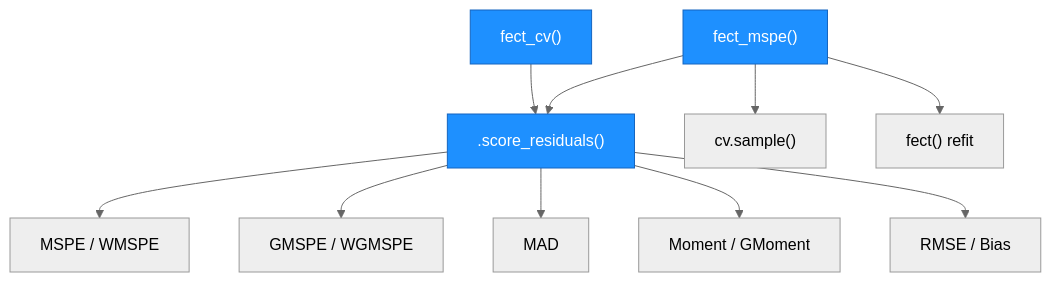
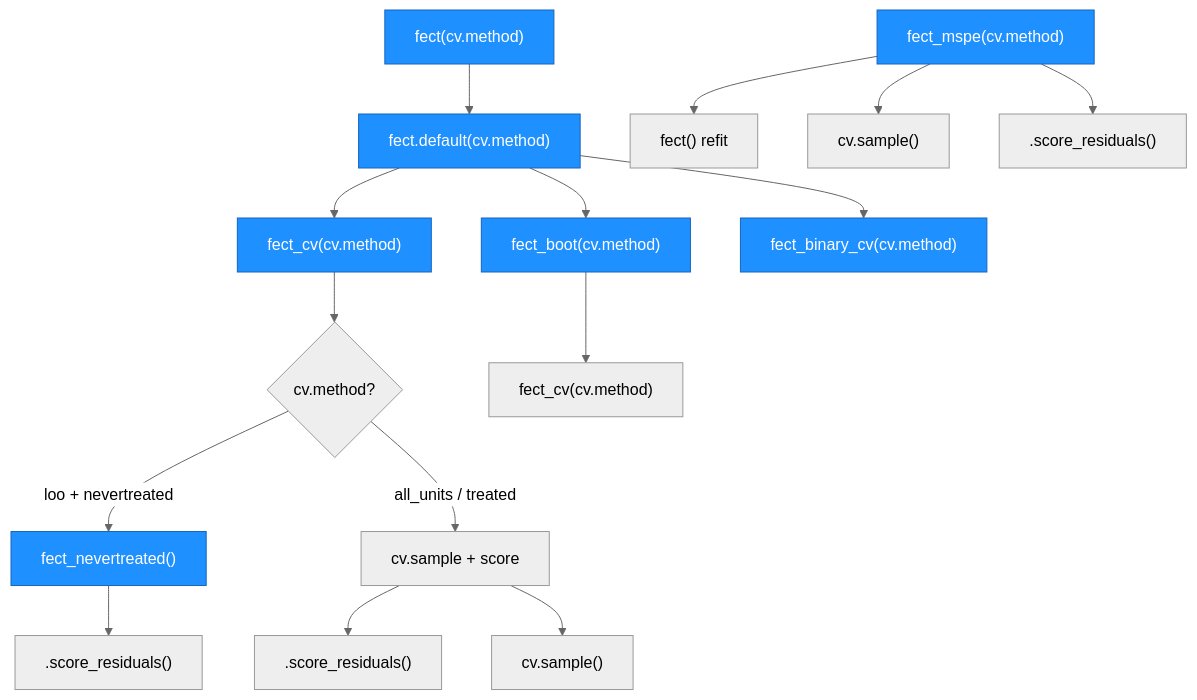
One commit to xuyiqing/fect changed the third of 5 diagrams in architecture.md. Above: the diagram before and after it, drawn with Mermaid. The commit also changed other lines of this file and 11 other files, not shown here.

````diff
--- a/architecture.md
+++ b/architecture.md
@@ -216,18 +227,31 @@
 ```mermaid
 %%{init: {'theme': 'neutral'}}%%
 graph TD
-    fect_cv["fect_cv()"] --> score_resid[".score_residuals()"]
-    fect_mspe["fect_mspe()"] --> score_resid
+    fect["fect(cv.method)"] --> fect_default["fect.default(cv.method)"]
+    fect_default --> fect_cv["fect_cv(cv.method)"]
+    fect_default --> fect_boot["fect_boot(cv.method)"]
+    fect_default --> fect_binary_cv["fect_binary_cv(cv.method)"]
+
+    fect_cv --> cv_map{"cv.method?"}
+    cv_map -->|loo + nevertreated| fect_nt["fect_nevertreated()"]
+    cv_map -->|all_units / treated| cv_internal["cv.sample + score"]
+
+    fect_boot --> fect_cv2["fect_cv(cv.method)"]
+
+    fect_nt --> score_nt[".score_residuals()"]
+    cv_internal --> score_cv[".score_residuals()"]
+
+    fect_mspe["fect_mspe(cv.method)"] --> fect_refit["fect() refit"]
     fect_mspe --> cv_sample["cv.sample()"]
-    fect_mspe --> fect_call["fect() refit"]
+    fect_mspe --> score_mspe[".score_residuals()"]
 
-    score_resid --> mspe["MSPE / WMSPE"]
-    score_resid --> gmspe["GMSPE / WGMSPE"]
-    score_resid --> mad["MAD"]
-    score_resid --> moment["Moment / GMoment"]
-    score_resid --> rmse_bias["RMSE / Bias"]
+    cv_internal --> cv_sample2["cv.sample()"]
 
+    style fect fill:#1e90ff,stroke:#1565c0,color:#fff
+    style fect_default fill:#1e90ff,stroke:#1565c0,color:#fff
     style fect_cv fill:#1e90ff,stroke:#1565c0,color:#fff
+    style fect_boot fill:#1e90ff,stroke:#1565c0,color:#fff
+    style fect_binary_cv fill:#1e90ff,stroke:#1565c0,color:#fff
+    style fect_nt fill:#1e90ff,stroke:#1565c0,color:#fff
     style fect_mspe fill:#1e90ff,stroke:#1565c0,color:#fff
-    style score_resid fill:#1e90ff,stroke:#1565c0,color:#fff
 ```
````
